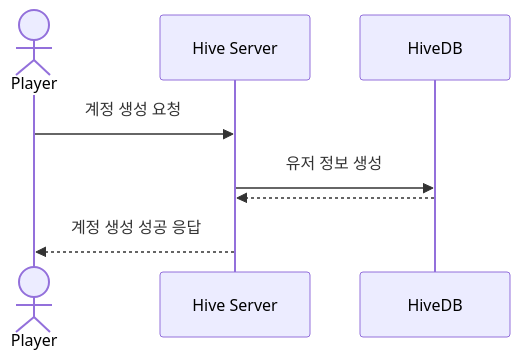
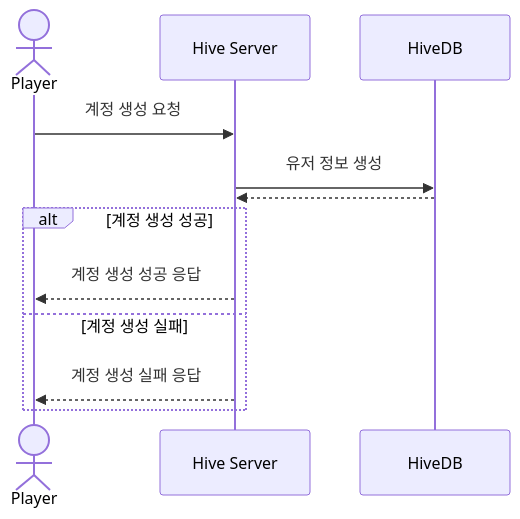
One commit to yujinS0/Omok-Game changed the first of 2 diagrams in SequenceDiagram/Register-Login.md. Above: the diagram before and after it, drawn with Mermaid.

````diff
--- a/SequenceDiagram/Register-Login.md
+++ b/SequenceDiagram/Register-Login.md
@@ -5,11 +5,15 @@
 ```mermaid
 sequenceDiagram
 	actor P as Player
 	participant H as Hive Server
 	participant HD as HiveDB
 
 	P ->> H: 계정 생성 요청
 	H ->> HD : 유저 정보 생성
 	HD -->> H : 
-  	H -->> P: 계정 생성 성공 응답
+	alt 계정 생성 성공
+  		H -->> P: 계정 생성 성공 응답
+	else 계정 생성 실패
+  		H -->> P: 계정 생성 실패 응답
+	end
 ```
````
